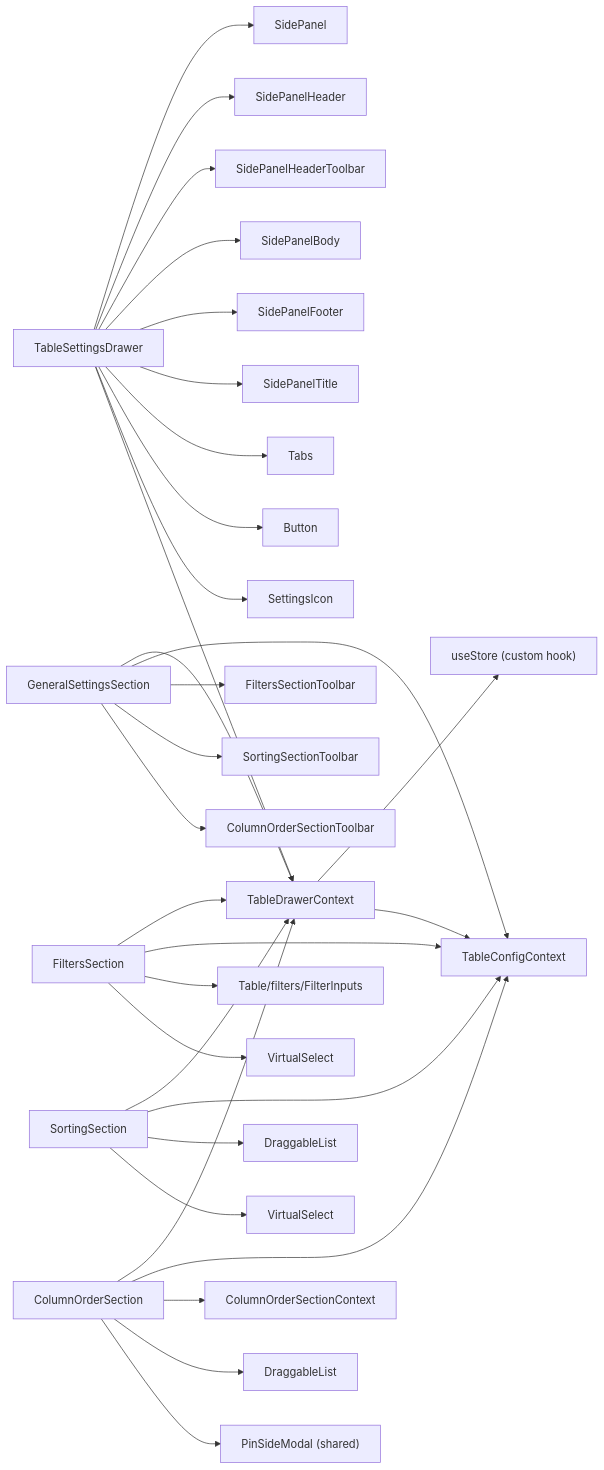
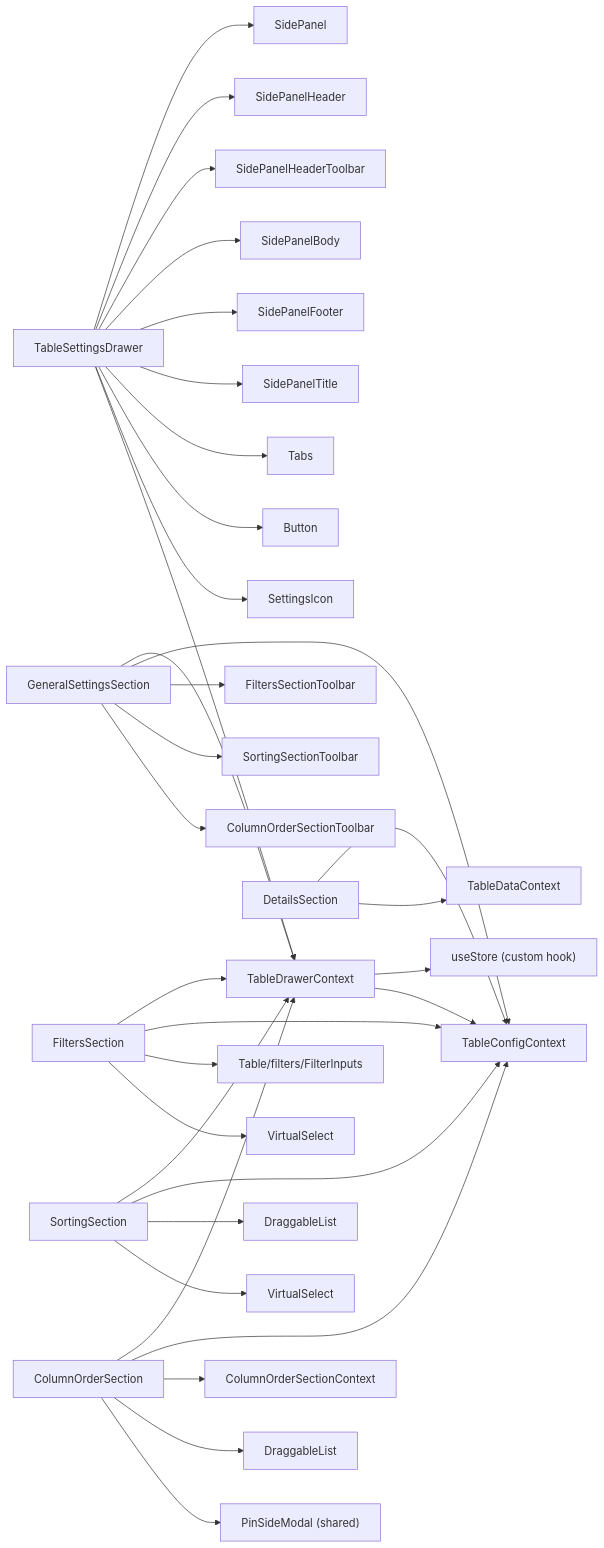
Before and after one commit to luciocabrera/lcabrera-stack: the first of 3 diagrams in apps/react-router/src/components/Table/TableSettingsDrawer/ARCHITECTURE.md, drawn with Mermaid. The commit also changed other lines of this file and 28 other files, not shown here.

First line of the commit message:
feat(Table): add DetailsSection for displaying table metadata and metrics

````diff
--- a/apps/react-router/src/components/Table/TableSettingsDrawer/ARCHITECTURE.md
+++ b/apps/react-router/src/components/Table/TableSettingsDrawer/ARCHITECTURE.md
@@ -81,38 +87,41 @@
 ```mermaid
 graph LR
   TSD["TableSettingsDrawer"] --> SidePanel
   TSD --> SidePanelHeader
   TSD --> SidePanelHeaderToolbar
   TSD --> SidePanelBody
   TSD --> SidePanelFooter
   TSD --> SidePanelTitle
   TSD --> Tabs
   TSD --> Button
   TSD --> SettingsIcon
   TSD --> TableDrawerContext
 
   TableDrawerContext --> useStore["useStore (custom hook)"]
   TableDrawerContext --> TableConfigContext
 
   GeneralSettingsSection --> TableDrawerContext
   GeneralSettingsSection --> TableConfigContext
   GeneralSettingsSection --> FiltersSectionToolbar
   GeneralSettingsSection --> SortingSectionToolbar
   GeneralSettingsSection --> ColumnOrderSectionToolbar
 
+  DetailsSection --> TableConfigContext
+  DetailsSection --> TableDataContext
+
   FiltersSection --> TableDrawerContext
   FiltersSection --> TableConfigContext
   FiltersSection --> FilterInputs["Table/filters/FilterInputs"]
   FiltersSection --> VirtualSelect
 
   SortingSection --> TableDrawerContext
   SortingSection --> TableConfigContext
   SortingSection --> DraggableList
   SortingSection --> VirtualSelect2["VirtualSelect"]
 
   ColumnOrderSection --> TableDrawerContext
   ColumnOrderSection --> TableConfigContext
   ColumnOrderSection --> ColumnOrderSectionContext
   ColumnOrderSection --> DraggableList2["DraggableList"]
   ColumnOrderSection --> PinSideModal["PinSideModal (shared)"]
 ```
````
